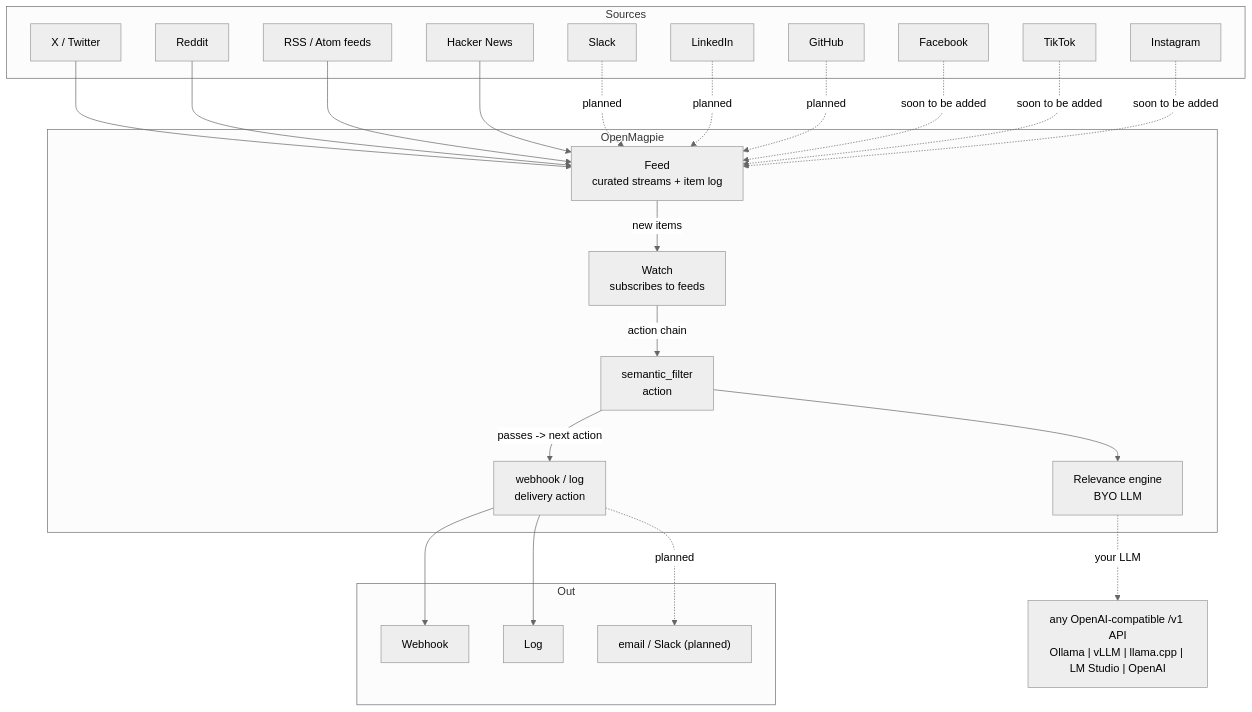
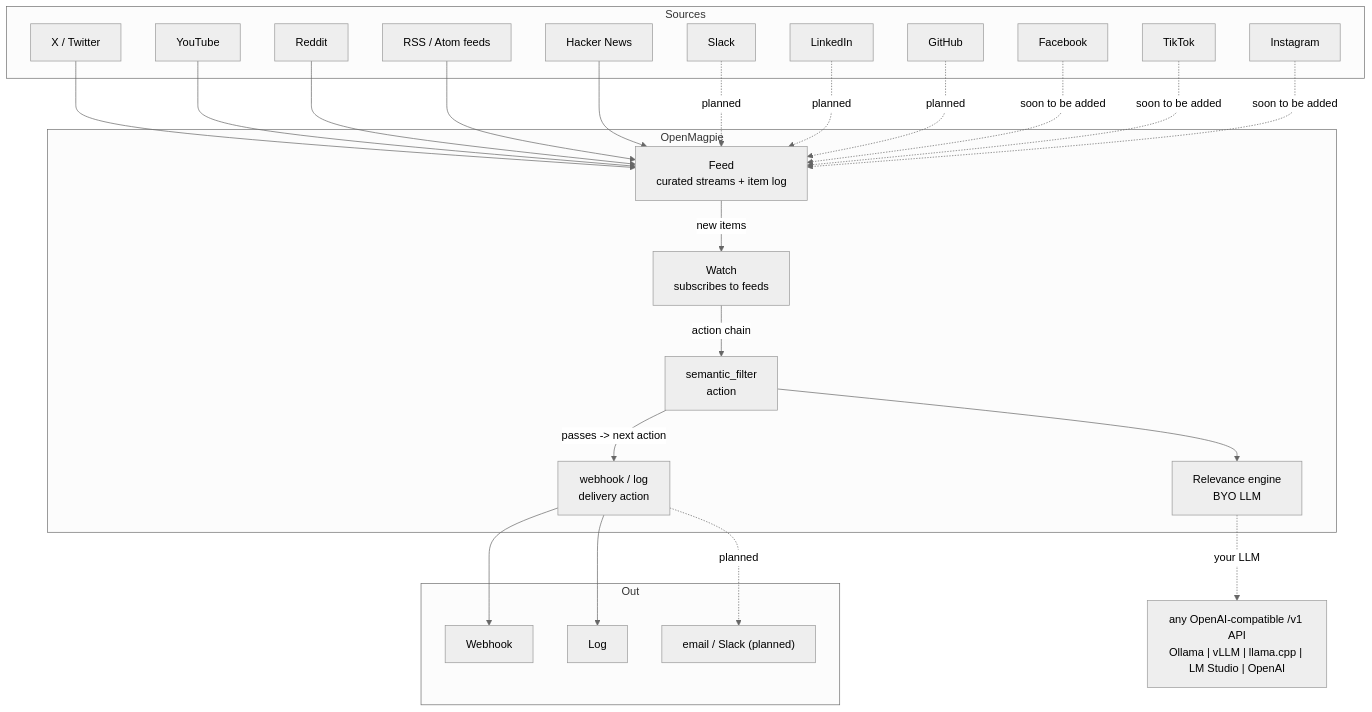
Before and after one commit to obris-dev/openmagpie: the diagram in README.md, drawn with Mermaid (neutral theme). The commit also changed other lines of this file and 21 other files, not shown here.

First line of the commit message:
feat(sources): add YouTube search connector (yt-dlp) (#177)

````diff
--- a/README.md
+++ b/README.md
@@ -143,50 +143,52 @@
 ```mermaid
 graph TD
     subgraph Sources
         TWITTER[X / Twitter]
+        YOUTUBE[YouTube]
         REDDIT[Reddit]
         RSS[RSS / Atom feeds]
         HN[Hacker News]
         SLACK[Slack]
         LINKEDIN[LinkedIn]
         GITHUB[GitHub]
         FACEBOOK[Facebook]
         TIKTOK[TikTok]
         INSTAGRAM[Instagram]
     end
 
     subgraph OpenMagpie
         FEED[Feed<br/>curated streams + item log]
         WATCH[Watch<br/>subscribes to feeds]
         FILTER[semantic_filter<br/>action]
         ENGINE[Relevance engine<br/>BYO LLM]
         DELIVER[webhook / log<br/>delivery action]
     end
 
     subgraph Out
         WEBHOOK[Webhook]
         LOG[Log]
         FUTURE["email / Slack (planned)"]
     end
 
     TWITTER --> FEED
+    YOUTUBE --> FEED
     REDDIT --> FEED
     RSS --> FEED
     HN --> FEED
     SLACK -. planned .-> FEED
     LINKEDIN -. planned .-> FEED
     GITHUB -. planned .-> FEED
     FACEBOOK -. "soon to be added" .-> FEED
     TIKTOK -. "soon to be added" .-> FEED
     INSTAGRAM -. "soon to be added" .-> FEED
 
     FEED -- "new items" --> WATCH
     WATCH -- "action chain" --> FILTER
     FILTER --> ENGINE
     ENGINE -. "your LLM" .-> LLM["any OpenAI-compatible /v1 API<br/>Ollama | vLLM | llama.cpp | LM Studio | OpenAI"]
     FILTER -- "passes -> next action" --> DELIVER
 
     DELIVER --> WEBHOOK
     DELIVER --> LOG
     DELIVER -. planned .-> FUTURE
 ```
````
